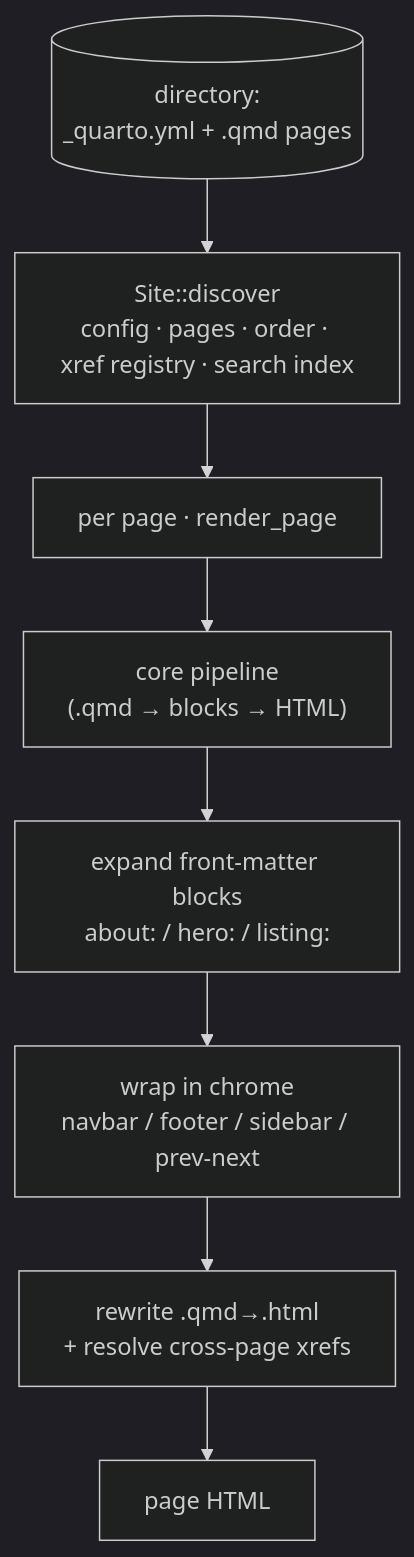
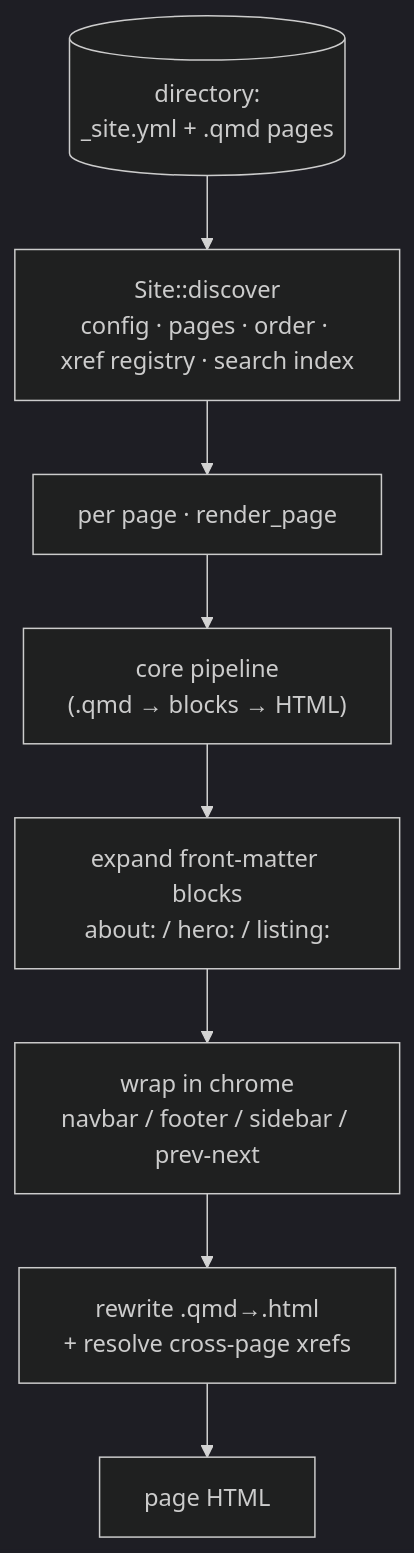
One commit to AJBogo9/taliesin changed the diagram in docs/internals/sites.qmd. Above: the diagram before and after it, drawn with Mermaid (dark theme). The commit also changed other lines of this file and 31 other files, not shown here.

First line of the commit message:
refactor: rename project config _quarto.yml -> _site.yml (DROP-QUARTO Phase 2)

````diff
--- a/docs/internals/sites.qmd
+++ b/docs/internals/sites.qmd
@@ -12,12 +12,12 @@
 ```{mermaid}
 %%| label: fig-site-render
 %%| fig-cap: "A directory is discovered once; each page then runs through the shared core pipeline plus the site-only steps."
 flowchart TB
-  dir[("directory:<br/>_quarto.yml + .qmd pages")] --> disc["Site::discover<br/>config · pages · order · xref registry · search index"]
+  dir[("directory:<br/>_site.yml + .qmd pages")] --> disc["Site::discover<br/>config · pages · order · xref registry · search index"]
   disc --> page["per page · render_page"]
   page --> core["core pipeline<br/>(.qmd → blocks → HTML)"]
   core --> fm["expand front-matter blocks<br/>about: / hero: / listing:"]
   fm --> chrome["wrap in chrome<br/>navbar / footer / sidebar / prev-next"]
   chrome --> links["rewrite .qmd→.html<br/>+ resolve cross-page xrefs"]
   links --> out["page HTML"]
 ```
````
